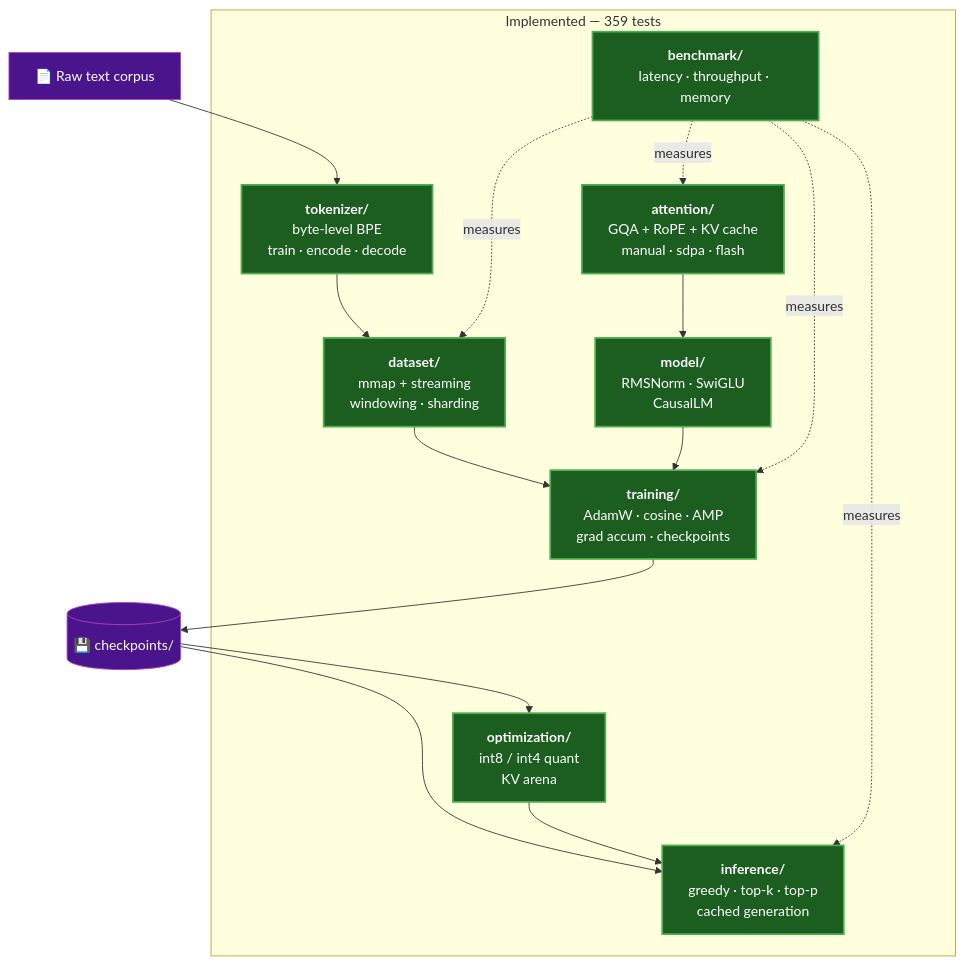
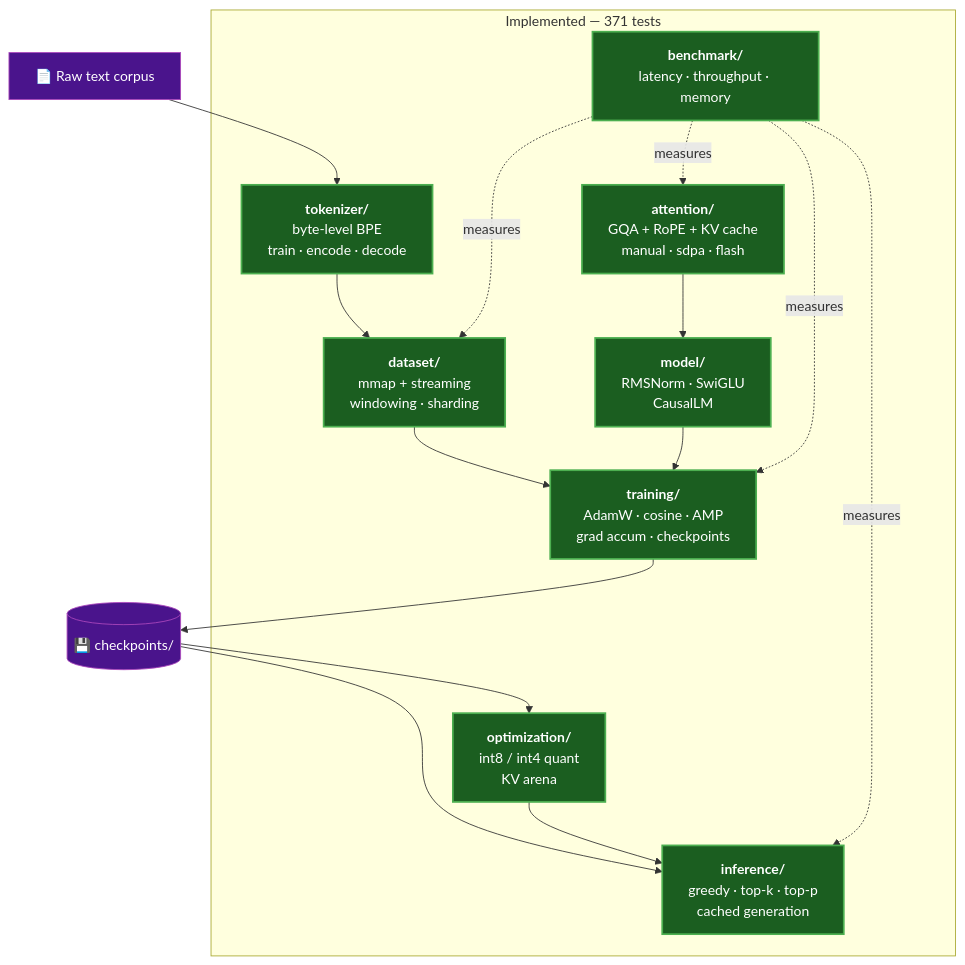
One commit to 555aaditya/Language-Model changed the first of 7 diagrams in README.md. Above: the diagram before and after it, drawn with Mermaid. The commit also changed other lines of this file, not shown here.

Commit message:
docs: correct the test count and darken the architecture subgraph fills

````diff
--- a/README.md
+++ b/README.md
@@ -32,32 +32,32 @@
 ```mermaid
 flowchart TB
     RAW["📄 Raw text corpus"]
 
-    subgraph BUILT ["Implemented — 359 tests"]
+    subgraph BUILT ["Implemented — 371 tests"]
         TOK["<b>tokenizer/</b><br/>byte-level BPE<br/>train · encode · decode"]
         DS["<b>dataset/</b><br/>mmap + streaming<br/>windowing · sharding"]
         ATT["<b>attention/</b><br/>GQA + RoPE + KV cache<br/>manual · sdpa · flash"]
         MODEL["<b>model/</b><br/>RMSNorm · SwiGLU<br/>CausalLM"]
         TRAIN["<b>training/</b><br/>AdamW · cosine · AMP<br/>grad accum · checkpoints"]
         INFER["<b>inference/</b><br/>greedy · top-k · top-p<br/>cached generation"]
         OPT["<b>optimization/</b><br/>int8 / int4 quant<br/>KV arena"]
         BENCH["<b>benchmark/</b><br/>latency · throughput · memory"]
     end
 
     CKPT[("💾 checkpoints/")]
 
     RAW --> TOK --> DS --> TRAIN
     ATT --> MODEL --> TRAIN
     TRAIN --> CKPT --> INFER
     CKPT --> OPT --> INFER
     BENCH -.measures.-> DS
     BENCH -.measures.-> ATT
     BENCH -.measures.-> TRAIN
     BENCH -.measures.-> INFER
 
     classDef done fill:#1b5e20,stroke:#4CAF50,stroke-width:2px,color:#fff
     classDef todo fill:#37474f,stroke:#78909c,stroke-width:1px,color:#cfd8dc,stroke-dasharray: 4 4
     classDef store fill:#4a148c,stroke:#ab47bc,color:#fff
     class TOK,DS,ATT,MODEL,TRAIN,INFER,OPT,BENCH done
     class CKPT,RAW store
 ```
````
